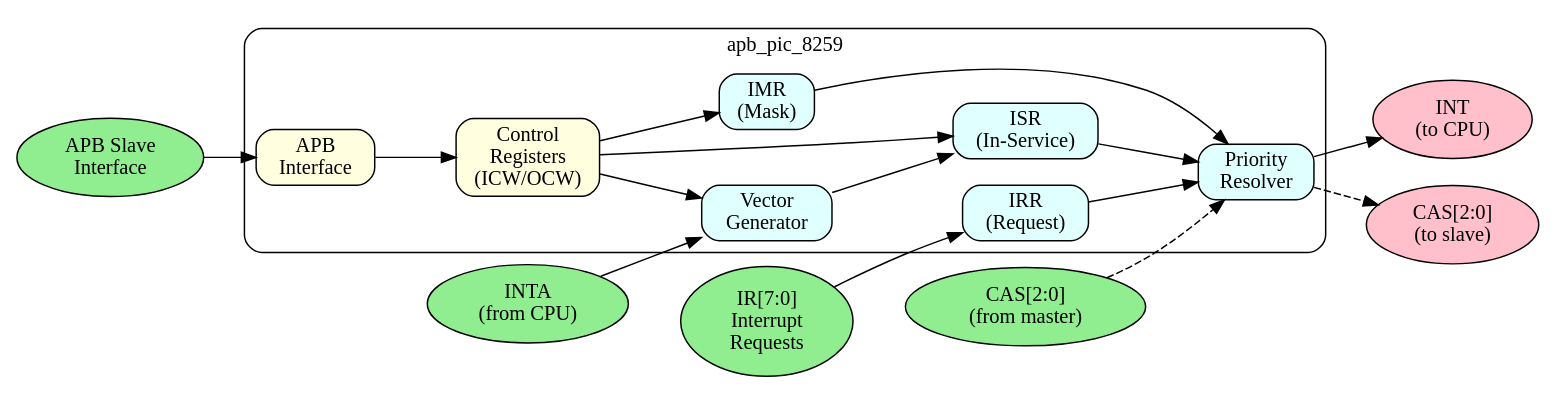
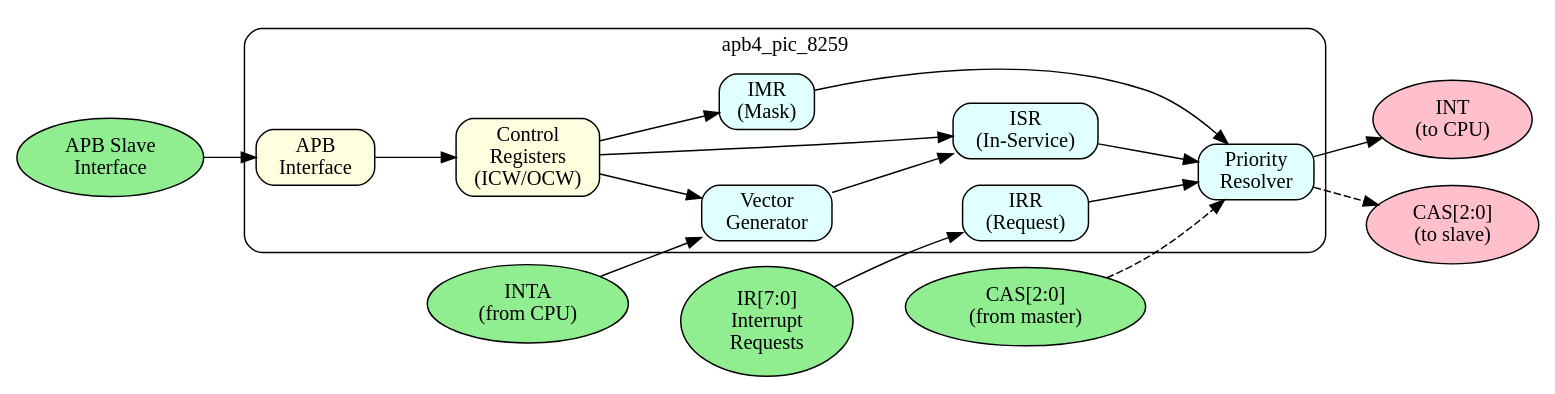
One commit to sean-galloway/RTLDesignSherpa changed the diagram in projects/components/retro_legacy_blocks/docs/pic_8259_mas/assets/graphviz/pic_8259_top.gv. Above: the diagram before and after it, drawn with Graphviz. The commit also changed 751 other files, not shown here.

```diff
--- a/projects/components/retro_legacy_blocks/docs/pic_8259_mas/assets/graphviz/pic_8259_top.gv
+++ b/projects/components/retro_legacy_blocks/docs/pic_8259_mas/assets/graphviz/pic_8259_top.gv
@@ -1,41 +1,41 @@
 // PIC 8259 Top-Level Block Diagram
 digraph pic_8259_top {
     rankdir=LR;
     node [shape=box, style="rounded,filled", fillcolor=lightblue];
 
     apb_in [label="APB Slave\nInterface", shape=ellipse, fillcolor=lightgreen];
     irq_in [label="IR[7:0]\nInterrupt\nRequests", shape=ellipse, fillcolor=lightgreen];
     cascade_in [label="CAS[2:0]\n(from master)", shape=ellipse, fillcolor=lightgreen];
 
     subgraph cluster_pic {
-        label="apb_pic_8259";
+        label="apb4_pic_8259";
         style=rounded;
 
         apb_if [label="APB\nInterface", fillcolor=lightyellow];
         regs [label="Control\nRegisters\n(ICW/OCW)", fillcolor=lightyellow];
         irr [label="IRR\n(Request)", fillcolor=lightcyan];
         isr [label="ISR\n(In-Service)", fillcolor=lightcyan];
         imr [label="IMR\n(Mask)", fillcolor=lightcyan];
         priority [label="Priority\nResolver", fillcolor=lightcyan];
         vector [label="Vector\nGenerator", fillcolor=lightcyan];
     }
 
     int_out [label="INT\n(to CPU)", shape=ellipse, fillcolor=pink];
     cascade_out [label="CAS[2:0]\n(to slave)", shape=ellipse, fillcolor=pink];
     ack_in [label="INTA\n(from CPU)", shape=ellipse, fillcolor=lightgreen];
 
     apb_in -> apb_if;
     apb_if -> regs;
     irq_in -> irr;
     irr -> priority;
     imr -> priority;
     isr -> priority;
     regs -> imr;
     regs -> isr;
     priority -> int_out;
     ack_in -> vector;
     vector -> isr;
     regs -> vector;
     cascade_in -> priority [style=dashed];
     priority -> cascade_out [style=dashed];
 }
```
